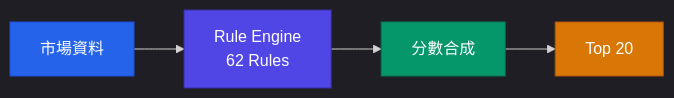
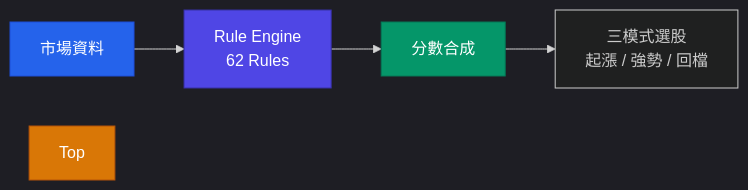
The first of 3 diagrams in docs/RULE_ENGINE.md (Neal75418/afterclose), drawn with Mermaid before and after one commit. The commit also changed other lines of this file, not shown here.

Commit message:
docs(rule-engine): 同步 Top 20 → 三模式選股（收尾補漏）

````diff
--- a/docs/RULE_ENGINE.md
+++ b/docs/RULE_ENGINE.md
@@ -11,12 +11,12 @@
 ```mermaid
 %%{init: {'theme': 'dark'}}%%
 flowchart LR
     Data["市場資料"] --> Engine["Rule Engine\n62 Rules"]
     Engine --> Score["分數合成"]
-    Score --> Top["Top 20"]
+    Score --> Modes["三模式選股<br/>起漲 / 強勢 / 回檔"]
 
     style Data fill:#2563EB,color:#fff,stroke:#1D4ED8
     style Engine fill:#4F46E5,stroke:#3730A3,color:#fff
     style Score fill:#059669,color:#fff,stroke:#047857
     style Top fill:#D97706,color:#fff,stroke:#B45309
 ```
````
